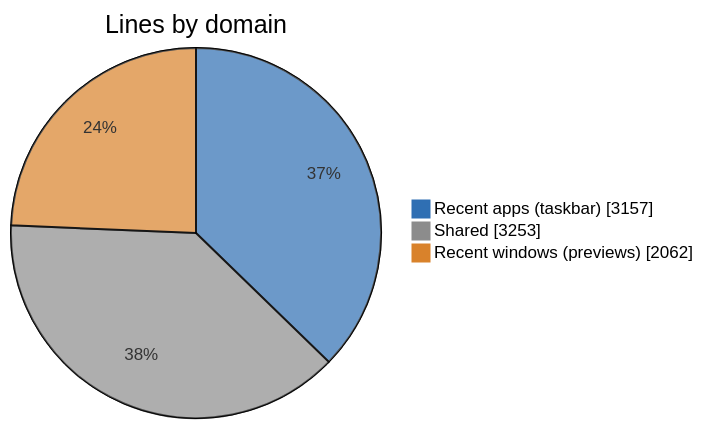
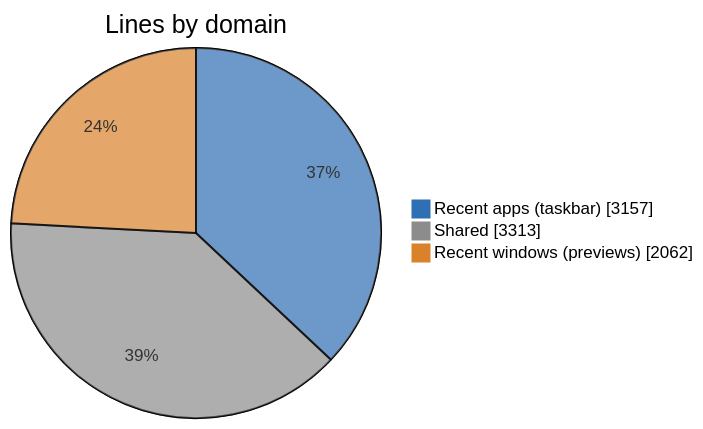
One commit to jvlasek/taskbar-recent-focus-highlight changed the first of 5 diagrams in doc/code/code-breakdown.md. Above: the diagram before and after it, drawn with Mermaid. The commit also changed other lines of this file and 10 other files, not shown here.

````diff
--- a/doc/code/code-breakdown.md
+++ b/doc/code/code-breakdown.md
@@ -15,7 +15,7 @@
 ```mermaid
 %%{init: {"themeVariables": {"pie1": "#2F6FB3", "pie2": "#8C8C8C", "pie3": "#D9822B", "pieOuterStrokeWidth": "1px"}}}%%
 pie showData title Lines by domain
     "Recent apps (taskbar)" : 3157
-    "Shared" : 3253
+    "Shared" : 3313
     "Recent windows (previews)" : 2062
 ```
````
